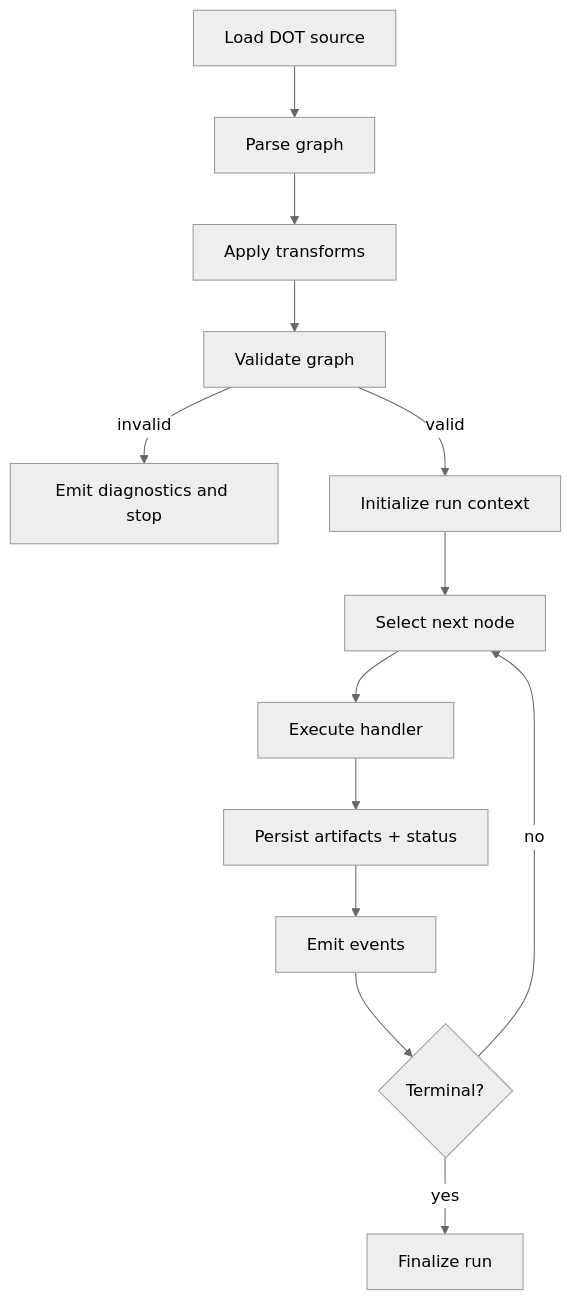
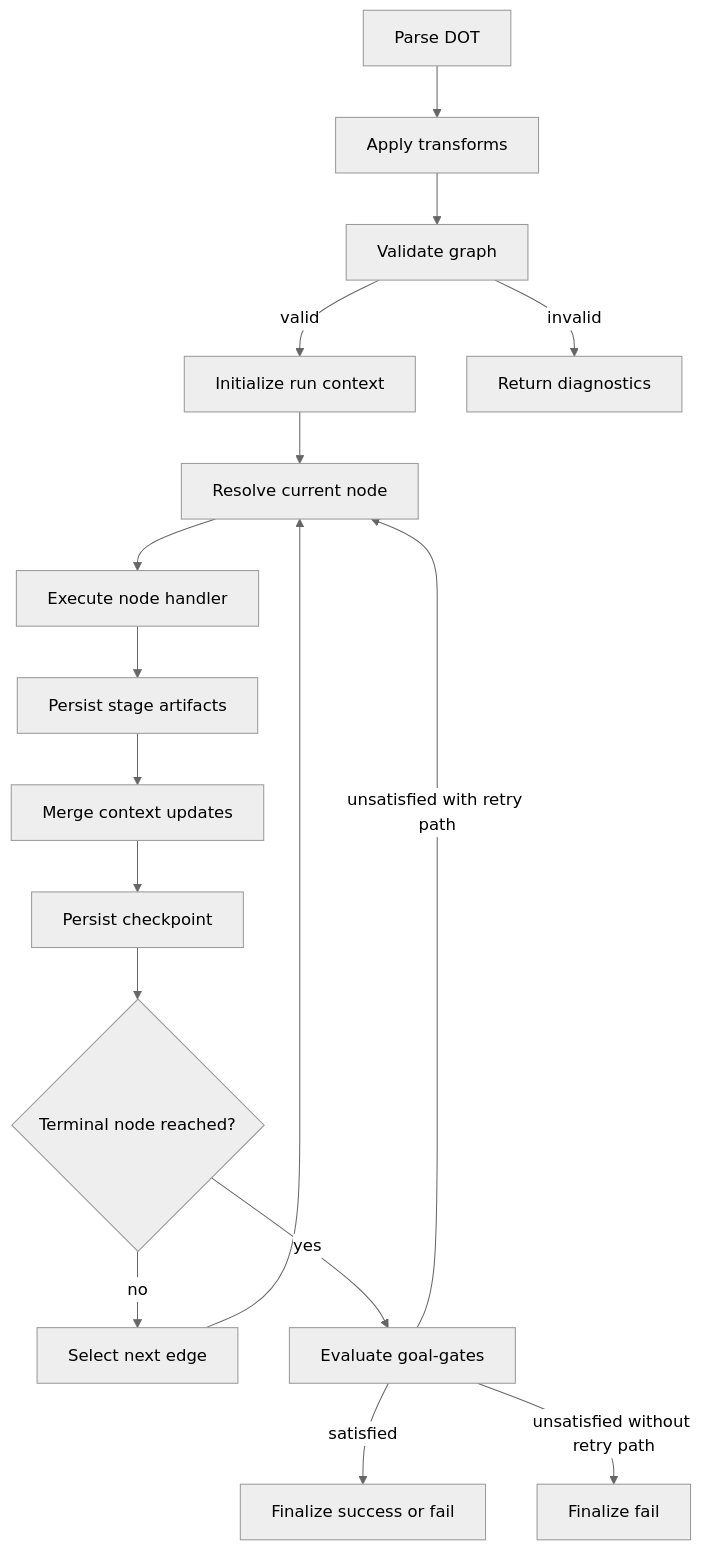
The third of 5 diagrams in docs/sprints/SPRINT-001-comprehensive-implementation-plan.md (jaytaylor/attractor-php), drawn with Mermaid (neutral theme) before and after one commit. The commit also changed other lines of this file, not shown here.

````diff
--- a/docs/sprints/SPRINT-001-comprehensive-implementation-plan.md
+++ b/docs/sprints/SPRINT-001-comprehensive-implementation-plan.md
@@ -604,15 +580,19 @@
 ```mermaid
 flowchart TD
-  A[Load DOT source] --> B[Parse graph]
-  B --> C[Apply transforms]
-  C --> D[Validate graph]
-  D -->|invalid| X[Emit diagnostics and stop]
-  D -->|valid| E[Initialize run context]
-  E --> F[Select next node]
-  F --> G[Execute handler]
-  G --> H[Persist artifacts + status]
-  H --> I[Emit events]
-  I --> J{Terminal?}
-  J -->|no| F
-  J -->|yes| K[Finalize run]
+    A[Parse DOT] --> B[Apply transforms]
+    B --> C[Validate graph]
+    C -->|valid| D[Initialize run context]
+    C -->|invalid| X[Return diagnostics]
+    D --> E[Resolve current node]
+    E --> F[Execute node handler]
+    F --> G[Persist stage artifacts]
+    G --> H[Merge context updates]
+    H --> I[Persist checkpoint]
+    I --> J{Terminal node reached?}
+    J -->|no| K[Select next edge]
+    K --> E
+    J -->|yes| L[Evaluate goal-gates]
+    L -->|satisfied| M[Finalize success or fail]
+    L -->|unsatisfied with retry path| E
+    L -->|unsatisfied without retry path| N[Finalize fail]
 ```
````
